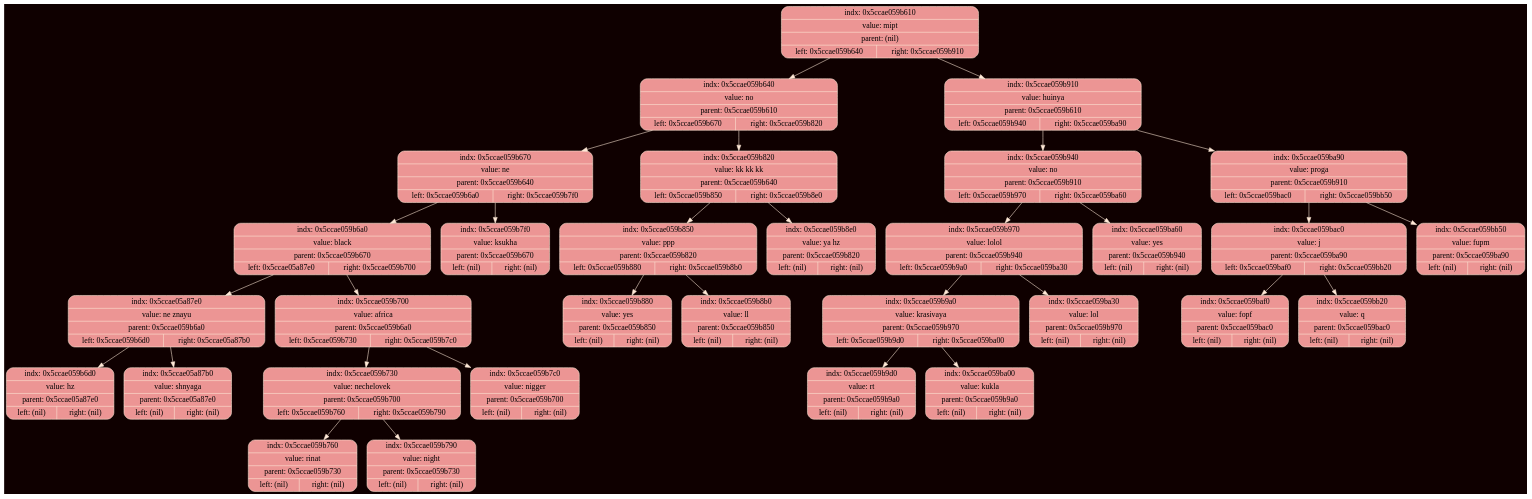
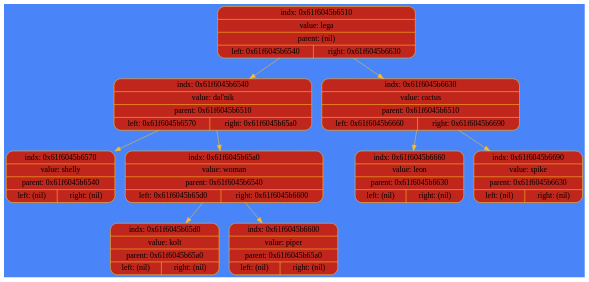
One commit to ksshkh/akinator changed the diagram in debug/tree.dot. Above: the diagram before and after it, drawn with Graphviz. The commit also changed 9 other files, not shown here.

```diff
--- a/debug/tree.dot
+++ b/debug/tree.dot
@@ -1,67 +1,23 @@
 digraph Tree {
 	rankdir = TB;
 	node [shape = record];
-	edge [color = "#FEE8D6"];
-	bgcolor = "#0F0000";
-	node0x5ccae059b610 [color = "#FEE8D6", shape = Mrecord, style = filled, fillcolor = "#EC9594", label = "{indx: 0x5ccae059b610 | value: mipt | parent: (nil) | { left: 0x5ccae059b640 | right: 0x5ccae059b910}}"];
-		node0x5ccae059b610 -> node0x5ccae059b640
-	node0x5ccae059b640 [color = "#FEE8D6", shape = Mrecord, style = filled, fillcolor = "#EC9594", label = "{indx: 0x5ccae059b640 | value: no | parent: 0x5ccae059b610 | { left: 0x5ccae059b670 | right: 0x5ccae059b820}}"];
-		node0x5ccae059b640 -> node0x5ccae059b670
-	node0x5ccae059b670 [color = "#FEE8D6", shape = Mrecord, style = filled, fillcolor = "#EC9594", label = "{indx: 0x5ccae059b670 | value: ne | parent: 0x5ccae059b640 | { left: 0x5ccae059b6a0 | right: 0x5ccae059b7f0}}"];
-		node0x5ccae059b670 -> node0x5ccae059b6a0
-	node0x5ccae059b6a0 [color = "#FEE8D6", shape = Mrecord, style = filled, fillcolor = "#EC9594", label = "{indx: 0x5ccae059b6a0 | value: black | parent: 0x5ccae059b670 | { left: 0x5ccae05a87e0 | right: 0x5ccae059b700}}"];
-		node0x5ccae059b6a0 -> node0x5ccae05a87e0
-	node0x5ccae05a87e0 [color = "#FEE8D6", shape = Mrecord, style = filled, fillcolor = "#EC9594", label = "{indx: 0x5ccae05a87e0 | value: ne znayu | parent: 0x5ccae059b6a0 | { left: 0x5ccae059b6d0 | right: 0x5ccae05a87b0}}"];
-		node0x5ccae05a87e0 -> node0x5ccae059b6d0
-	node0x5ccae059b6d0 [color = "#FEE8D6", shape = Mrecord, style = filled, fillcolor = "#EC9594", label = "{indx: 0x5ccae059b6d0 | value: hz | parent: 0x5ccae05a87e0 | { left: (nil) | right: (nil)}}"];
-		node0x5ccae05a87e0 -> node0x5ccae05a87b0
-	node0x5ccae05a87b0 [color = "#FEE8D6", shape = Mrecord, style = filled, fillcolor = "#EC9594", label = "{indx: 0x5ccae05a87b0 | value: shnyaga | parent: 0x5ccae05a87e0 | { left: (nil) | right: (nil)}}"];
-		node0x5ccae059b6a0 -> node0x5ccae059b700
-	node0x5ccae059b700 [color = "#FEE8D6", shape = Mrecord, style = filled, fillcolor = "#EC9594", label = "{indx: 0x5ccae059b700 | value: africa | parent: 0x5ccae059b6a0 | { left: 0x5ccae059b730 | right: 0x5ccae059b7c0}}"];
-		node0x5ccae059b700 -> node0x5ccae059b730
-	node0x5ccae059b730 [color = "#FEE8D6", shape = Mrecord, style = filled, fillcolor = "#EC9594", label = "{indx: 0x5ccae059b730 | value: nechelovek | parent: 0x5ccae059b700 | { left: 0x5ccae059b760 | right: 0x5ccae059b790}}"];
-		node0x5ccae059b730 -> node0x5ccae059b760
-	node0x5ccae059b760 [color = "#FEE8D6", shape = Mrecord, style = filled, fillcolor = "#EC9594", label = "{indx: 0x5ccae059b760 | value: rinat | parent: 0x5ccae059b730 | { left: (nil) | right: (nil)}}"];
-		node0x5ccae059b730 -> node0x5ccae059b790
-	node0x5ccae059b790 [color = "#FEE8D6", shape = Mrecord, style = filled, fillcolor = "#EC9594", label = "{indx: 0x5ccae059b790 | value: night | parent: 0x5ccae059b730 | { left: (nil) | right: (nil)}}"];
-		node0x5ccae059b700 -> node0x5ccae059b7c0
-	node0x5ccae059b7c0 [color = "#FEE8D6", shape = Mrecord, style = filled, fillcolor = "#EC9594", label = "{indx: 0x5ccae059b7c0 | value: nigger | parent: 0x5ccae059b700 | { left: (nil) | right: (nil)}}"];
-		node0x5ccae059b670 -> node0x5ccae059b7f0
-	node0x5ccae059b7f0 [color = "#FEE8D6", shape = Mrecord, style = filled, fillcolor = "#EC9594", label = "{indx: 0x5ccae059b7f0 | value: ksukha | parent: 0x5ccae059b670 | { left: (nil) | right: (nil)}}"];
-		node0x5ccae059b640 -> node0x5ccae059b820
-	node0x5ccae059b820 [color = "#FEE8D6", shape = Mrecord, style = filled, fillcolor = "#EC9594", label = "{indx: 0x5ccae059b820 | value: kk kk kk | parent: 0x5ccae059b640 | { left: 0x5ccae059b850 | right: 0x5ccae059b8e0}}"];
-		node0x5ccae059b820 -> node0x5ccae059b850
-	node0x5ccae059b850 [color = "#FEE8D6", shape = Mrecord, style = filled, fillcolor = "#EC9594", label = "{indx: 0x5ccae059b850 | value: ppp | parent: 0x5ccae059b820 | { left: 0x5ccae059b880 | right: 0x5ccae059b8b0}}"];
-		node0x5ccae059b850 -> node0x5ccae059b880
-	node0x5ccae059b880 [color = "#FEE8D6", shape = Mrecord, style = filled, fillcolor = "#EC9594", label = "{indx: 0x5ccae059b880 | value: yes | parent: 0x5ccae059b850 | { left: (nil) | right: (nil)}}"];
-		node0x5ccae059b850 -> node0x5ccae059b8b0
-	node0x5ccae059b8b0 [color = "#FEE8D6", shape = Mrecord, style = filled, fillcolor = "#EC9594", label = "{indx: 0x5ccae059b8b0 | value: ll | parent: 0x5ccae059b850 | { left: (nil) | right: (nil)}}"];
-		node0x5ccae059b820 -> node0x5ccae059b8e0
-	node0x5ccae059b8e0 [color = "#FEE8D6", shape = Mrecord, style = filled, fillcolor = "#EC9594", label = "{indx: 0x5ccae059b8e0 | value: ya hz | parent: 0x5ccae059b820 | { left: (nil) | right: (nil)}}"];
-		node0x5ccae059b610 -> node0x5ccae059b910
-	node0x5ccae059b910 [color = "#FEE8D6", shape = Mrecord, style = filled, fillcolor = "#EC9594", label = "{indx: 0x5ccae059b910 | value: huinya | parent: 0x5ccae059b610 | { left: 0x5ccae059b940 | right: 0x5ccae059ba90}}"];
-		node0x5ccae059b910 -> node0x5ccae059b940
-	node0x5ccae059b940 [color = "#FEE8D6", shape = Mrecord, style = filled, fillcolor = "#EC9594", label = "{indx: 0x5ccae059b940 | value: no | parent: 0x5ccae059b910 | { left: 0x5ccae059b970 | right: 0x5ccae059ba60}}"];
-		node0x5ccae059b940 -> node0x5ccae059b970
-	node0x5ccae059b970 [color = "#FEE8D6", shape = Mrecord, style = filled, fillcolor = "#EC9594", label = "{indx: 0x5ccae059b970 | value: lolol | parent: 0x5ccae059b940 | { left: 0x5ccae059b9a0 | right: 0x5ccae059ba30}}"];
-		node0x5ccae059b970 -> node0x5ccae059b9a0
-	node0x5ccae059b9a0 [color = "#FEE8D6", shape = Mrecord, style = filled, fillcolor = "#EC9594", label = "{indx: 0x5ccae059b9a0 | value: krasivaya | parent: 0x5ccae059b970 | { left: 0x5ccae059b9d0 | right: 0x5ccae059ba00}}"];
-		node0x5ccae059b9a0 -> node0x5ccae059b9d0
-	node0x5ccae059b9d0 [color = "#FEE8D6", shape = Mrecord, style = filled, fillcolor = "#EC9594", label = "{indx: 0x5ccae059b9d0 | value: rt | parent: 0x5ccae059b9a0 | { left: (nil) | right: (nil)}}"];
-		node0x5ccae059b9a0 -> node0x5ccae059ba00
-	node0x5ccae059ba00 [color = "#FEE8D6", shape = Mrecord, style = filled, fillcolor = "#EC9594", label = "{indx: 0x5ccae059ba00 | value: kukla | parent: 0x5ccae059b9a0 | { left: (nil) | right: (nil)}}"];
-		node0x5ccae059b970 -> node0x5ccae059ba30
-	node0x5ccae059ba30 [color = "#FEE8D6", shape = Mrecord, style = filled, fillcolor = "#EC9594", label = "{indx: 0x5ccae059ba30 | value: lol | parent: 0x5ccae059b970 | { left: (nil) | right: (nil)}}"];
-		node0x5ccae059b940 -> node0x5ccae059ba60
-	node0x5ccae059ba60 [color = "#FEE8D6", shape = Mrecord, style = filled, fillcolor = "#EC9594", label = "{indx: 0x5ccae059ba60 | value: yes | parent: 0x5ccae059b940 | { left: (nil) | right: (nil)}}"];
-		node0x5ccae059b910 -> node0x5ccae059ba90
-	node0x5ccae059ba90 [color = "#FEE8D6", shape = Mrecord, style = filled, fillcolor = "#EC9594", label = "{indx: 0x5ccae059ba90 | value: proga | parent: 0x5ccae059b910 | { left: 0x5ccae059bac0 | right: 0x5ccae059bb50}}"];
-		node0x5ccae059ba90 -> node0x5ccae059bac0
-	node0x5ccae059bac0 [color = "#FEE8D6", shape = Mrecord, style = filled, fillcolor = "#EC9594", label = "{indx: 0x5ccae059bac0 | value: j | parent: 0x5ccae059ba90 | { left: 0x5ccae059baf0 | right: 0x5ccae059bb20}}"];
-		node0x5ccae059bac0 -> node0x5ccae059baf0
-	node0x5ccae059baf0 [color = "#FEE8D6", shape = Mrecord, style = filled, fillcolor = "#EC9594", label = "{indx: 0x5ccae059baf0 | value: fopf | parent: 0x5ccae059bac0 | { left: (nil) | right: (nil)}}"];
-		node0x5ccae059bac0 -> node0x5ccae059bb20
-	node0x5ccae059bb20 [color = "#FEE8D6", shape = Mrecord, style = filled, fillcolor = "#EC9594", label = "{indx: 0x5ccae059bb20 | value: q | parent: 0x5ccae059bac0 | { left: (nil) | right: (nil)}}"];
-		node0x5ccae059ba90 -> node0x5ccae059bb50
-	node0x5ccae059bb50 [color = "#FEE8D6", shape = Mrecord, style = filled, fillcolor = "#EC9594", label = "{indx: 0x5ccae059bb50 | value: fupm | parent: 0x5ccae059ba90 | { left: (nil) | right: (nil)}}"];
+	edge [color = "#FFBE20"];
+	bgcolor = "#4984F9";
+	node0x61f6045b6510 [color = "#FFBE20", shape = Mrecord, style = filled, fillcolor = "#C0261C", label = "{indx: 0x61f6045b6510 | value: lega | parent: (nil) | { left: 0x61f6045b6540 | right: 0x61f6045b6630}}"];
+		node0x61f6045b6510 -> node0x61f6045b6540
+	node0x61f6045b6540 [color = "#FFBE20", shape = Mrecord, style = filled, fillcolor = "#C0261C", label = "{indx: 0x61f6045b6540 | value: dal'nik | parent: 0x61f6045b6510 | { left: 0x61f6045b6570 | right: 0x61f6045b65a0}}"];
+		node0x61f6045b6540 -> node0x61f6045b6570
+	node0x61f6045b6570 [color = "#FFBE20", shape = Mrecord, style = filled, fillcolor = "#C0261C", label = "{indx: 0x61f6045b6570 | value: shelly | parent: 0x61f6045b6540 | { left: (nil) | right: (nil)}}"];
+		node0x61f6045b6540 -> node0x61f6045b65a0
+	node0x61f6045b65a0 [color = "#FFBE20", shape = Mrecord, style = filled, fillcolor = "#C0261C", label = "{indx: 0x61f6045b65a0 | value: woman | parent: 0x61f6045b6540 | { left: 0x61f6045b65d0 | right: 0x61f6045b6600}}"];
+		node0x61f6045b65a0 -> node0x61f6045b65d0
+	node0x61f6045b65d0 [color = "#FFBE20", shape = Mrecord, style = filled, fillcolor = "#C0261C", label = "{indx: 0x61f6045b65d0 | value: kolt | parent: 0x61f6045b65a0 | { left: (nil) | right: (nil)}}"];
+		node0x61f6045b65a0 -> node0x61f6045b6600
+	node0x61f6045b6600 [color = "#FFBE20", shape = Mrecord, style = filled, fillcolor = "#C0261C", label = "{indx: 0x61f6045b6600 | value: piper | parent: 0x61f6045b65a0 | { left: (nil) | right: (nil)}}"];
+		node0x61f6045b6510 -> node0x61f6045b6630
+	node0x61f6045b6630 [color = "#FFBE20", shape = Mrecord, style = filled, fillcolor = "#C0261C", label = "{indx: 0x61f6045b6630 | value: cactus | parent: 0x61f6045b6510 | { left: 0x61f6045b6660 | right: 0x61f6045b6690}}"];
+		node0x61f6045b6630 -> node0x61f6045b6660
+	node0x61f6045b6660 [color = "#FFBE20", shape = Mrecord, style = filled, fillcolor = "#C0261C", label = "{indx: 0x61f6045b6660 | value: leon | parent: 0x61f6045b6630 | { left: (nil) | right: (nil)}}"];
+		node0x61f6045b6630 -> node0x61f6045b6690
+	node0x61f6045b6690 [color = "#FFBE20", shape = Mrecord, style = filled, fillcolor = "#C0261C", label = "{indx: 0x61f6045b6690 | value: spike | parent: 0x61f6045b6630 | { left: (nil) | right: (nil)}}"];
 }
```
